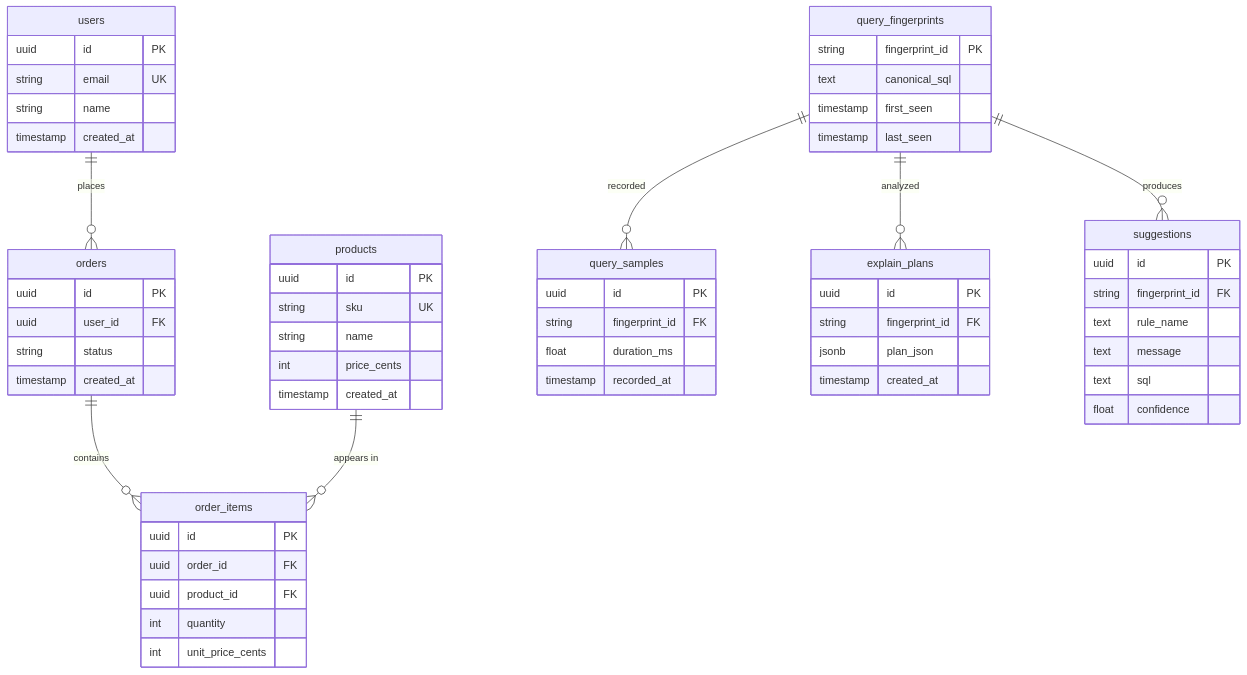
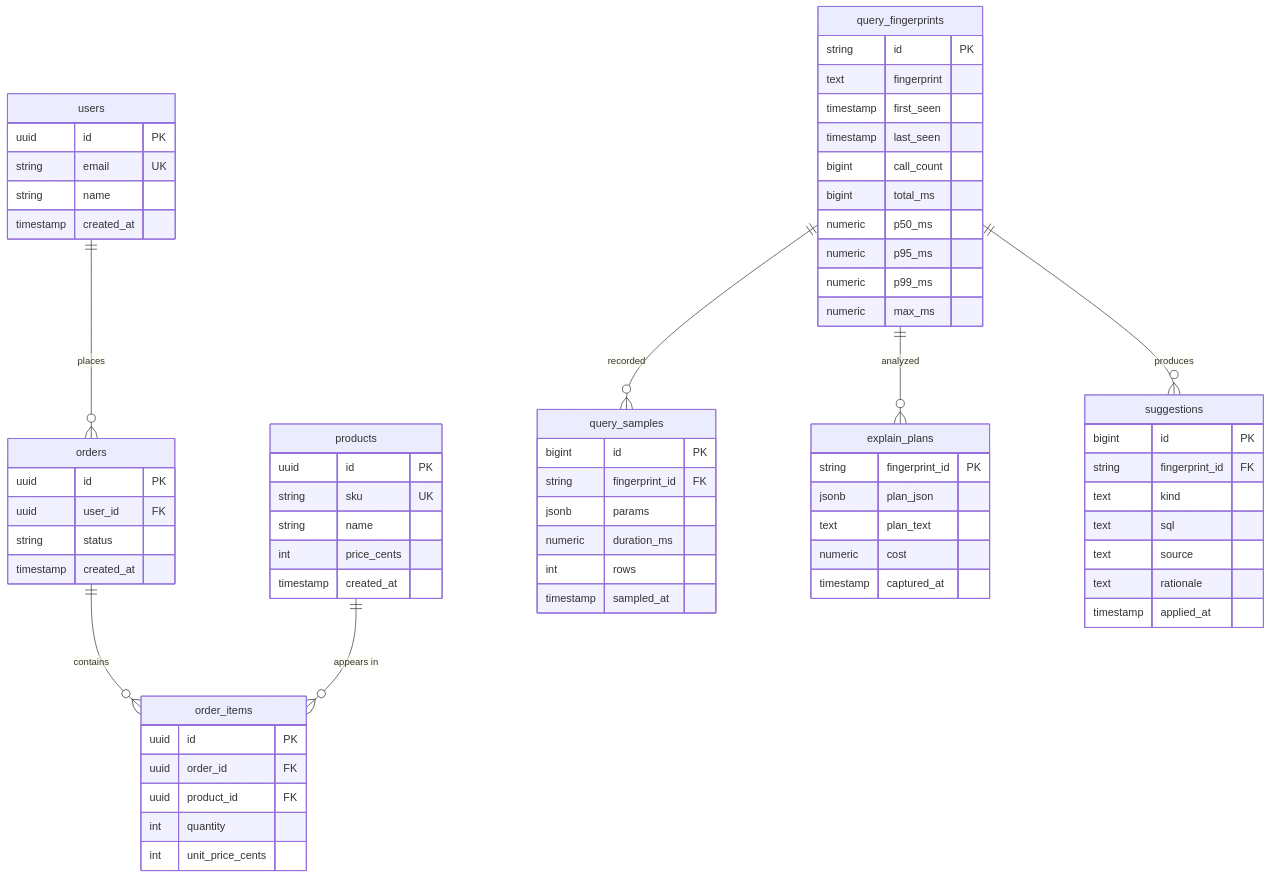
The fourth of 5 diagrams in docs/ARCHITECTURE.md (Abdul-Muizz1310/slowquery-demo-backend), drawn with Mermaid before and after one commit. The commit also changed other lines of this file and 34 other files, not shown here.

````diff
--- a/docs/ARCHITECTURE.md
+++ b/docs/ARCHITECTURE.md
@@ -107,62 +112,72 @@
 ```mermaid
 erDiagram
     users {
         uuid id PK
         string email UK
         string name
         timestamp created_at
     }
     products {
         uuid id PK
         string sku UK
         string name
         int price_cents
         timestamp created_at
     }
     orders {
         uuid id PK
         uuid user_id FK
         string status
         timestamp created_at
     }
     order_items {
         uuid id PK
         uuid order_id FK
         uuid product_id FK
         int quantity
         int unit_price_cents
     }
     query_fingerprints {
-        string fingerprint_id PK
-        text canonical_sql
+        string id PK
+        text fingerprint
         timestamp first_seen
         timestamp last_seen
+        bigint call_count
+        bigint total_ms
+        numeric p50_ms
+        numeric p95_ms
+        numeric p99_ms
+        numeric max_ms
     }
     query_samples {
-        uuid id PK
+        bigint id PK
         string fingerprint_id FK
-        float duration_ms
-        timestamp recorded_at
+        jsonb params
+        numeric duration_ms
+        int rows
+        timestamp sampled_at
     }
     explain_plans {
-        uuid id PK
-        string fingerprint_id FK
+        string fingerprint_id PK
         jsonb plan_json
-        timestamp created_at
+        text plan_text
+        numeric cost
+        timestamp captured_at
     }
     suggestions {
-        uuid id PK
+        bigint id PK
         string fingerprint_id FK
-        text rule_name
-        text message
+        text kind
         text sql
-        float confidence
+        text source
+        text rationale
+        timestamp applied_at
     }
 
     users ||--o{ orders : "places"
     orders ||--o{ order_items : "contains"
     products ||--o{ order_items : "appears in"
     query_fingerprints ||--o{ query_samples : "recorded"
     query_fingerprints ||--o{ explain_plans : "analyzed"
     query_fingerprints ||--o{ suggestions : "produces"
 ```
````
